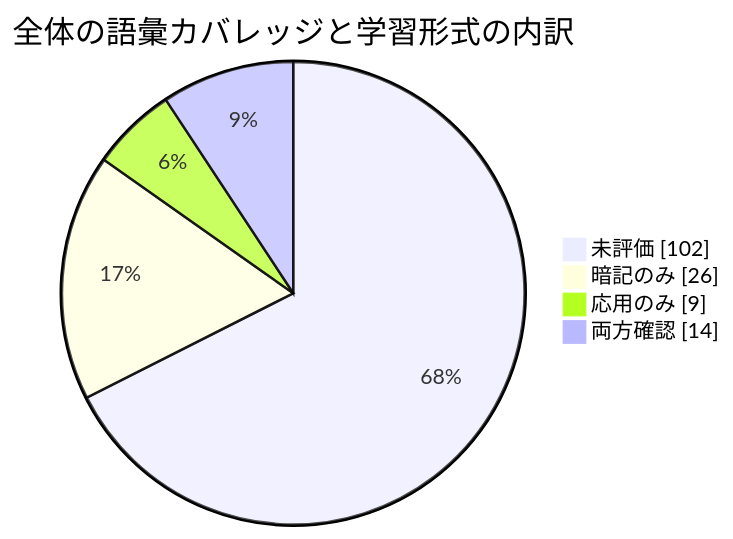
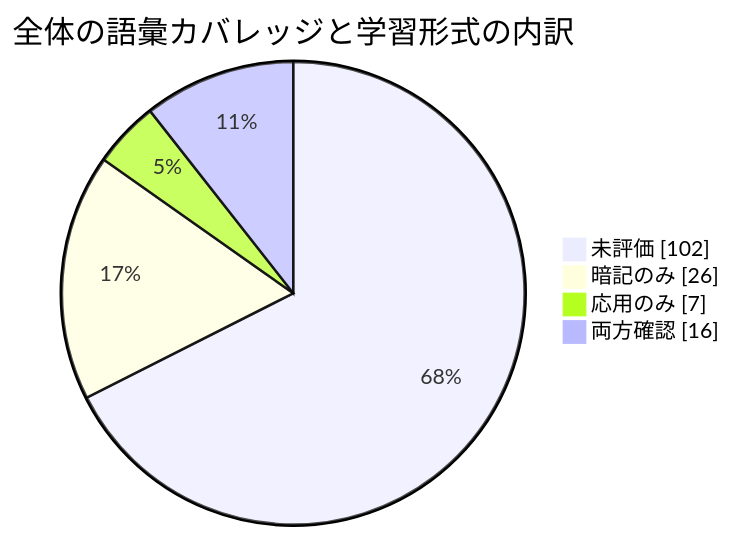
One commit to ryusuke2003/security-specialist-study changed the diagram in 進捗/モチベ.md. Above: the diagram before and after it, drawn with Mermaid. The commit also changed other lines of this file and 7 other files, not shown here.

````diff
--- a/進捗/モチベ.md
+++ b/進捗/モチベ.md
@@ -5,8 +5,8 @@
 ```mermaid
 pie showData
     title 全体の語彙カバレッジと学習形式の内訳
     "未評価" : 102
     "暗記のみ" : 26
-    "応用のみ" : 9
-    "両方確認" : 14
+    "応用のみ" : 7
+    "両方確認" : 16
 ```
````
